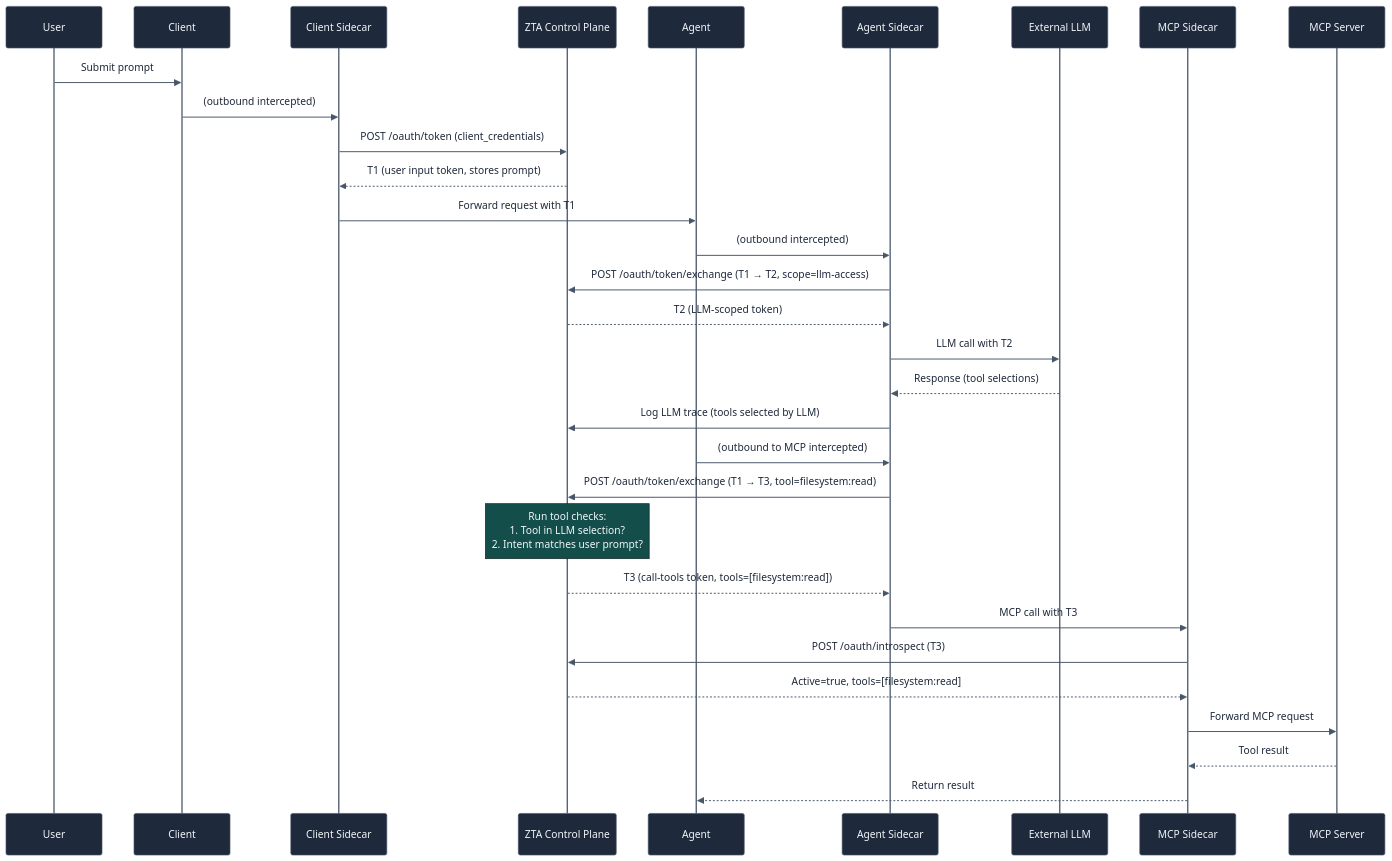
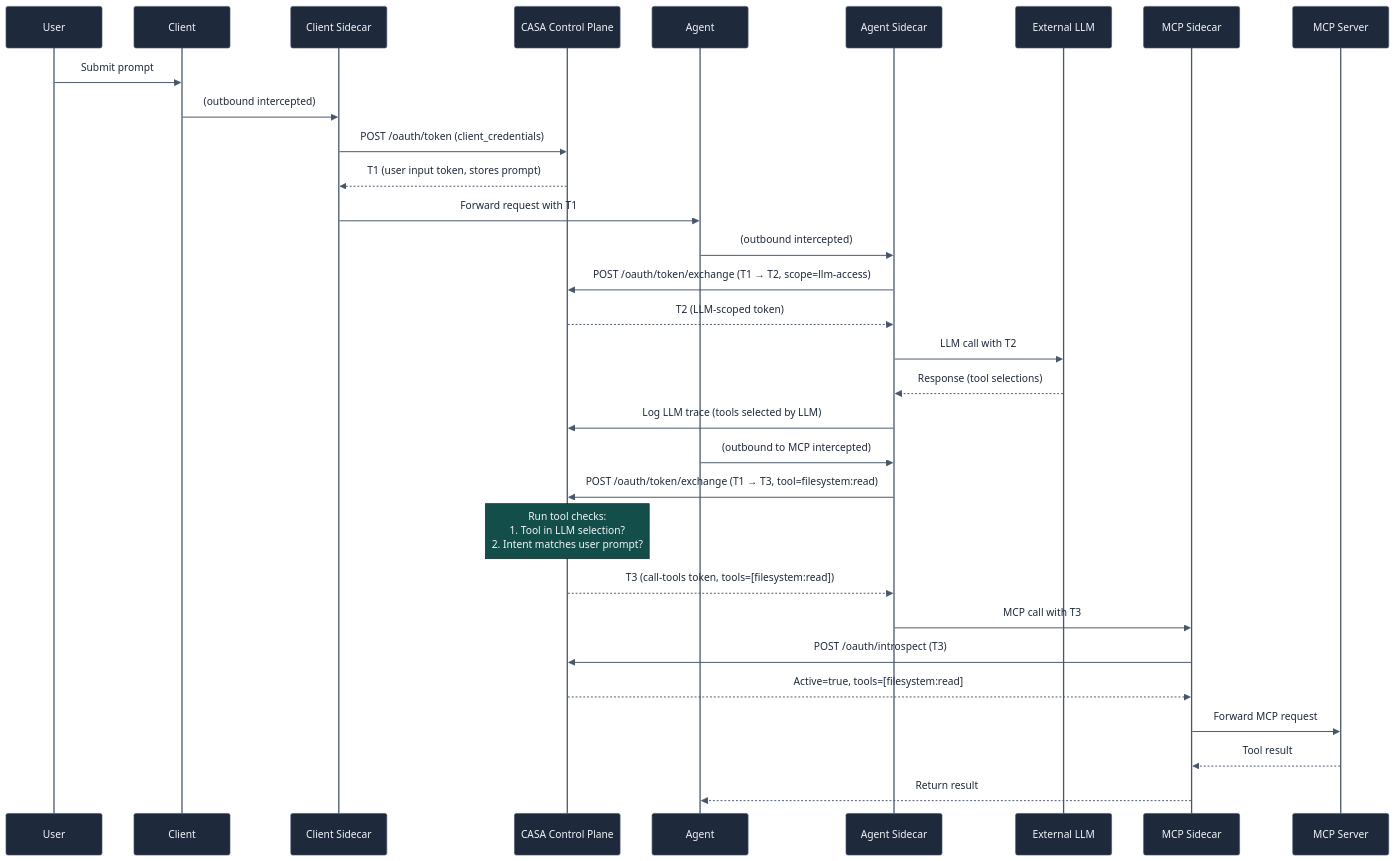
The diagram in docs/ui/docs/concepts/token-flow.md (outshift-open/CASA), drawn with Mermaid before and after one commit. The commit also changed other lines of this file and 294 other files, not shown here.

Commit message:
feat: Rename from ZTA to CASA

````diff
--- a/docs/ui/docs/concepts/token-flow.md
+++ b/docs/ui/docs/concepts/token-flow.md
@@ -23,38 +23,38 @@
 ```mermaid
 %%{init: {'theme': 'base', 'themeVariables': {'background': '#f0fdf4', 'actorBkg': '#1e293b', 'actorBorder': '#475569', 'actorTextColor': '#f1f5f9', 'noteBkgColor': '#134e4a', 'noteTextColor': '#f1f5f9', 'activationBkgColor': '#1a2e05', 'activationBorderColor': '#84cc16', 'signalColor': '#475569', 'signalTextColor': '#1e293b'}}}%%
 sequenceDiagram
     participant User
     participant Client
     participant ClientSidecar as Client Sidecar
-    participant ZTA as ZTA Control Plane
+    participant CASA as CASA Control Plane
     participant Agent
     participant AgentSidecar as Agent Sidecar
     participant LLM as External LLM
     participant MCPSidecar as MCP Sidecar
     participant MCP as MCP Server
 
     User->>Client: Submit prompt
     Client->>ClientSidecar: (outbound intercepted)
-    ClientSidecar->>ZTA: POST /oauth/token (client_credentials)
-    ZTA-->>ClientSidecar: T1 (user input token, stores prompt)
+    ClientSidecar->>CASA: POST /oauth/token (client_credentials)
+    CASA-->>ClientSidecar: T1 (user input token, stores prompt)
     ClientSidecar->>Agent: Forward request with T1
 
     Agent->>AgentSidecar: (outbound intercepted)
-    AgentSidecar->>ZTA: POST /oauth/token/exchange (T1 → T2, scope=llm-access)
-    ZTA-->>AgentSidecar: T2 (LLM-scoped token)
+    AgentSidecar->>CASA: POST /oauth/token/exchange (T1 → T2, scope=llm-access)
+    CASA-->>AgentSidecar: T2 (LLM-scoped token)
     AgentSidecar->>LLM: LLM call with T2
     LLM-->>AgentSidecar: Response (tool selections)
-    AgentSidecar->>ZTA: Log LLM trace (tools selected by LLM)
+    AgentSidecar->>CASA: Log LLM trace (tools selected by LLM)
 
     Agent->>AgentSidecar: (outbound to MCP intercepted)
-    AgentSidecar->>ZTA: POST /oauth/token/exchange (T1 → T3, tool=filesystem:read)
-    Note over ZTA: Run tool checks:<br/>1. Tool in LLM selection?<br/>2. Intent matches user prompt?
-    ZTA-->>AgentSidecar: T3 (call-tools token, tools=[filesystem:read])
+    AgentSidecar->>CASA: POST /oauth/token/exchange (T1 → T3, tool=filesystem:read)
+    Note over CASA: Run tool checks:<br/>1. Tool in LLM selection?<br/>2. Intent matches user prompt?
+    CASA-->>AgentSidecar: T3 (call-tools token, tools=[filesystem:read])
 
     AgentSidecar->>MCPSidecar: MCP call with T3
-    MCPSidecar->>ZTA: POST /oauth/introspect (T3)
-    ZTA-->>MCPSidecar: Active=true, tools=[filesystem:read]
+    MCPSidecar->>CASA: POST /oauth/introspect (T3)
+    CASA-->>MCPSidecar: Active=true, tools=[filesystem:read]
     MCPSidecar->>MCP: Forward MCP request
     MCP-->>MCPSidecar: Tool result
     MCPSidecar-->>Agent: Return result
 ```
````
